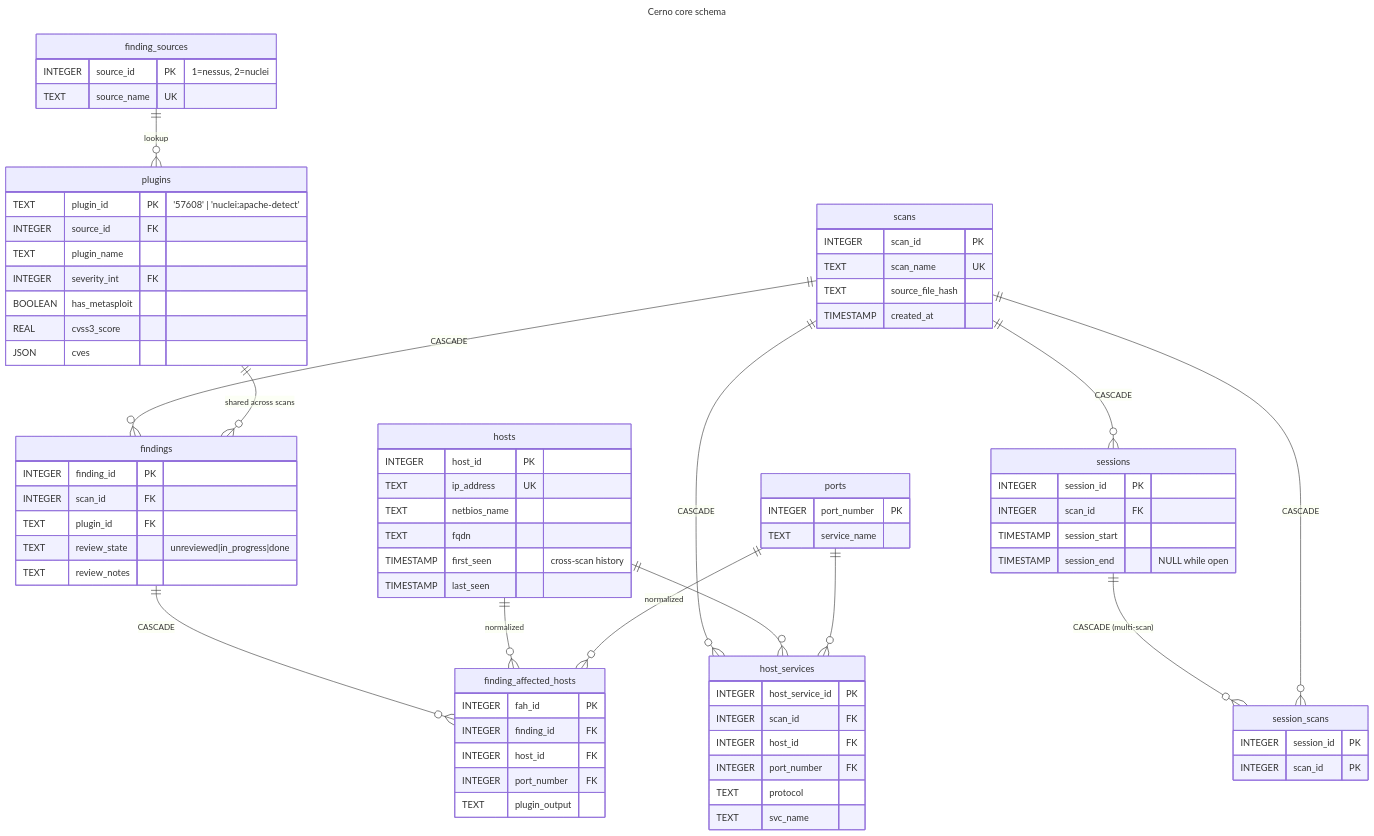
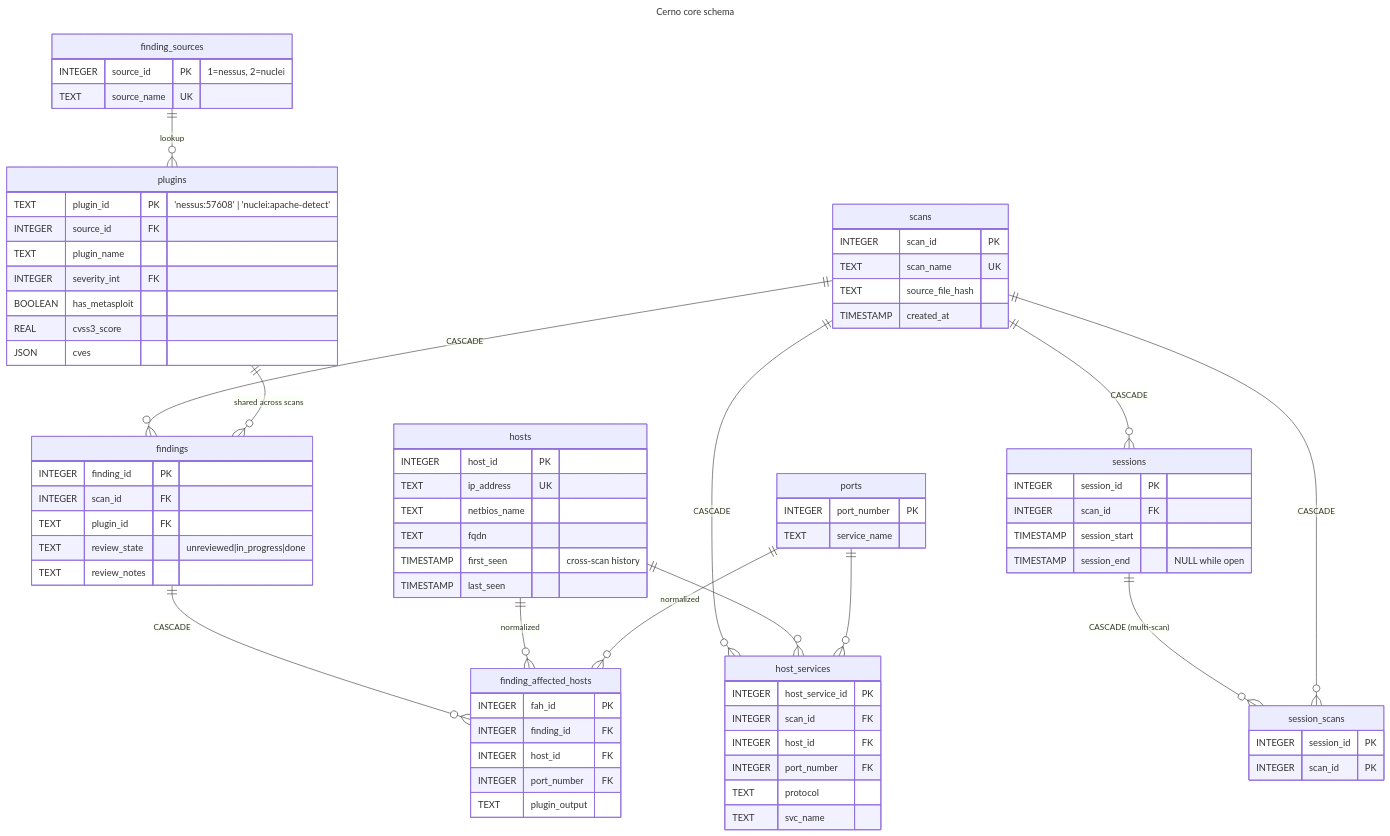
One commit to ridgebackinfosec/cerno changed the diagram in docs/diagrams/03-er-core.mmd. Above: the diagram before and after it, drawn with Mermaid. The commit also changed 47 other files, not shown here.

```diff
--- a/docs/diagrams/03-er-core.mmd
+++ b/docs/diagrams/03-er-core.mmd
@@ -1,80 +1,80 @@
 ---
 title: Cerno core schema
 ---
 erDiagram
     scans {
         INTEGER scan_id PK
         TEXT scan_name UK
         TEXT source_file_hash
         TIMESTAMP created_at
     }
     finding_sources {
         INTEGER source_id PK "1=nessus, 2=nuclei"
         TEXT source_name UK
     }
     plugins {
-        TEXT plugin_id PK "'57608' | 'nuclei:apache-detect'"
+        TEXT plugin_id PK "'nessus:57608' | 'nuclei:apache-detect'"
         INTEGER source_id FK
         TEXT plugin_name
         INTEGER severity_int FK
         BOOLEAN has_metasploit
         REAL cvss3_score
         JSON cves
     }
     findings {
         INTEGER finding_id PK
         INTEGER scan_id FK
         TEXT plugin_id FK
         TEXT review_state "unreviewed|in_progress|done"
         TEXT review_notes
     }
     finding_affected_hosts {
         INTEGER fah_id PK
         INTEGER finding_id FK
         INTEGER host_id FK
         INTEGER port_number FK
         TEXT plugin_output
     }
     hosts {
         INTEGER host_id PK
         TEXT ip_address UK
         TEXT netbios_name
         TEXT fqdn
         TIMESTAMP first_seen "cross-scan history"
         TIMESTAMP last_seen
     }
     ports {
         INTEGER port_number PK
         TEXT service_name
     }
     host_services {
         INTEGER host_service_id PK
         INTEGER scan_id FK
         INTEGER host_id FK
         INTEGER port_number FK
         TEXT protocol
         TEXT svc_name
     }
     sessions {
         INTEGER session_id PK
         INTEGER scan_id FK
         TIMESTAMP session_start
         TIMESTAMP session_end "NULL while open"
     }
     session_scans {
         INTEGER session_id PK
         INTEGER scan_id PK
     }
 
     scans   ||--o{ findings               : "CASCADE"
     plugins ||--o{ findings               : "shared across scans"
     finding_sources ||--o{ plugins        : "lookup"
     findings ||--o{ finding_affected_hosts : "CASCADE"
     hosts   ||--o{ finding_affected_hosts : "normalized"
     ports   ||--o{ finding_affected_hosts : "normalized"
     scans   ||--o{ host_services          : "CASCADE"
     hosts   ||--o{ host_services          : ""
     ports   ||--o{ host_services          : ""
     scans   ||--o{ sessions               : "CASCADE"
     sessions ||--o{ session_scans         : "CASCADE (multi-scan)"
     scans   ||--o{ session_scans          : "CASCADE"
```
